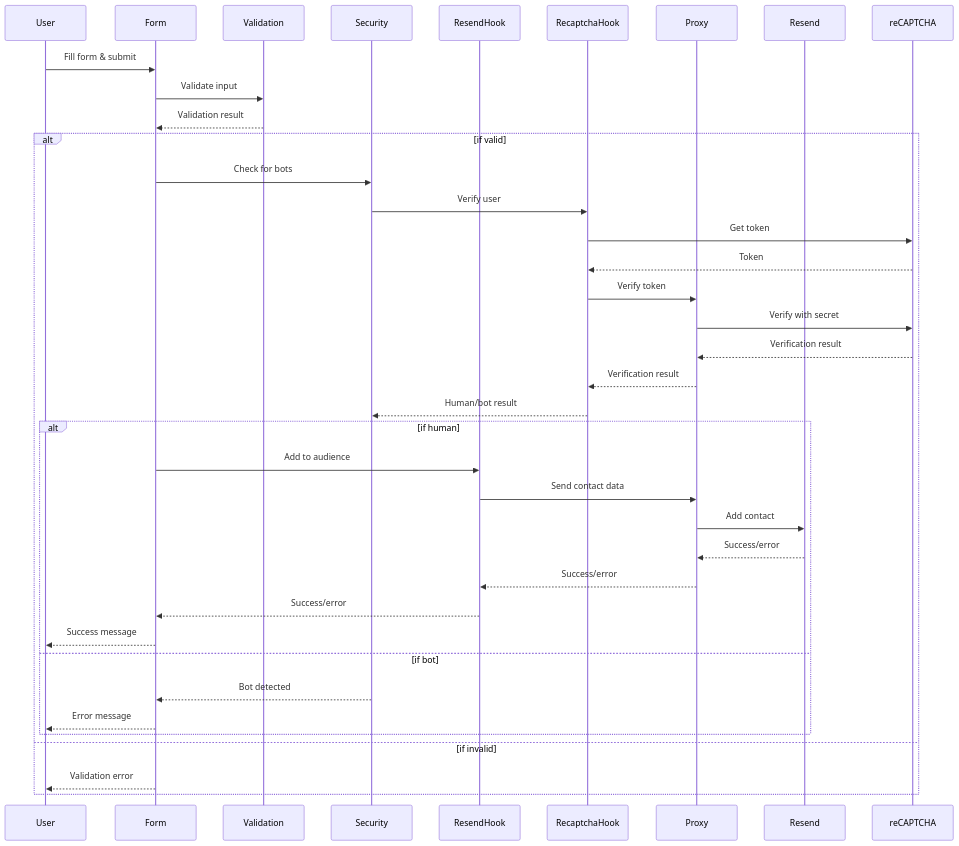
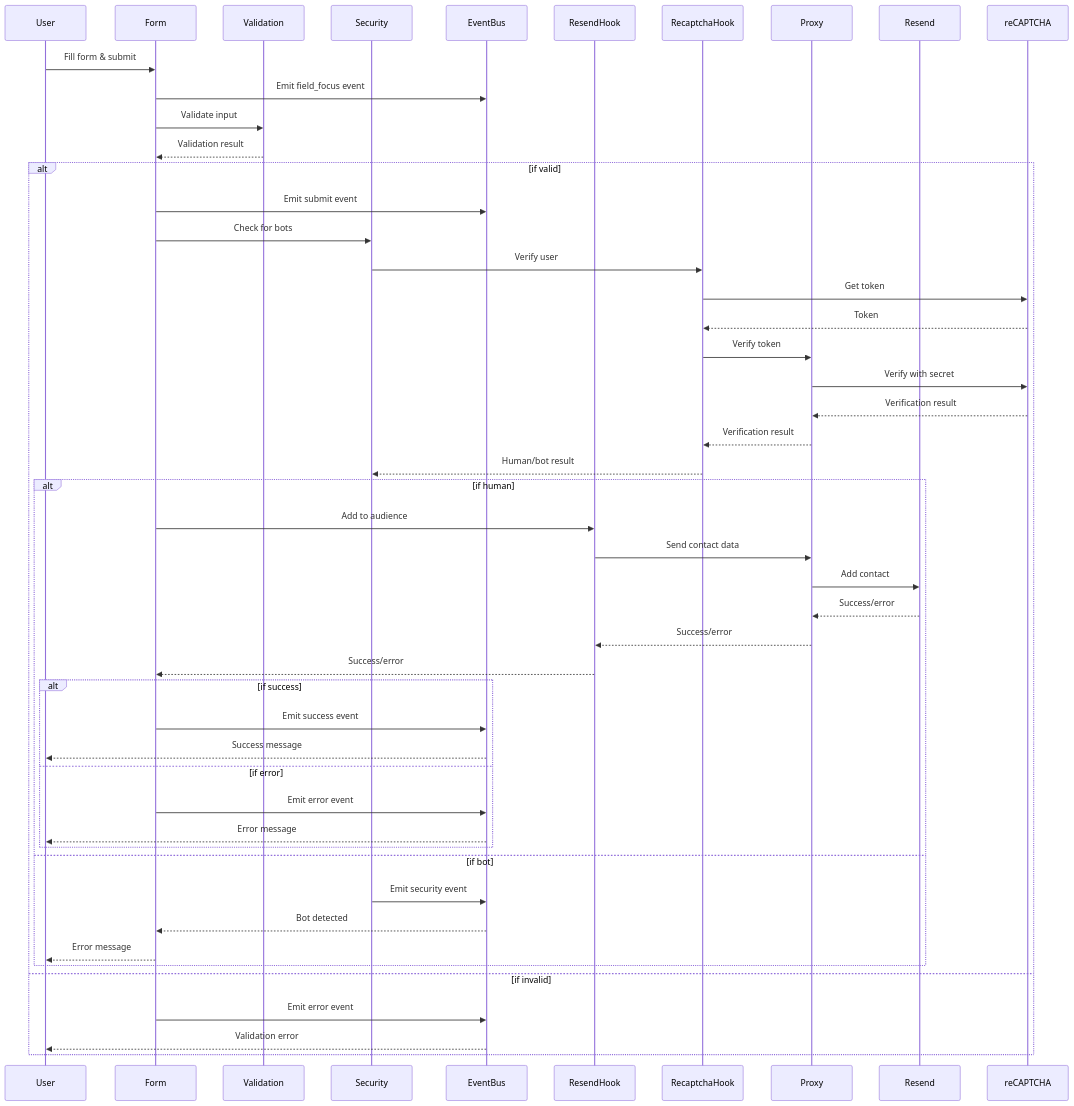
The seventh of 10 diagrams in docs/architecture.md (pmatheusvinhas/react-waitlist), drawn with Mermaid before and after one commit. The commit also changed other lines of this file and 2 other files, not shown here.

````diff
--- a/docs/architecture.md
+++ b/docs/architecture.md
@@ -119,43 +144,55 @@
 ```mermaid
 sequenceDiagram
     participant User
     participant Form
     participant Validation
     participant Security
+    participant EventBus
     participant ResendHook
     participant RecaptchaHook
     participant Proxy
     participant Resend
     participant reCAPTCHA
 
     User->>Form: Fill form & submit
+    Form->>EventBus: Emit field_focus event
     Form->>Validation: Validate input
     Validation-->>Form: Validation result
     
     alt if valid
+        Form->>EventBus: Emit submit event
         Form->>Security: Check for bots
         Security->>RecaptchaHook: Verify user
         RecaptchaHook->>reCAPTCHA: Get token
         reCAPTCHA-->>RecaptchaHook: Token
         RecaptchaHook->>Proxy: Verify token
         Proxy->>reCAPTCHA: Verify with secret
         reCAPTCHA-->>Proxy: Verification result
         Proxy-->>RecaptchaHook: Verification result
         RecaptchaHook-->>Security: Human/bot result
         
         alt if human
             Form->>ResendHook: Add to audience
             ResendHook->>Proxy: Send contact data
             Proxy->>Resend: Add contact
             Resend-->>Proxy: Success/error
             Proxy-->>ResendHook: Success/error
             ResendHook-->>Form: Success/error
-            Form-->>User: Success message
+            
+            alt if success
+                Form->>EventBus: Emit success event
+                EventBus-->>User: Success message
+            else if error
+                Form->>EventBus: Emit error event
+                EventBus-->>User: Error message
+            end
         else if bot
-            Security-->>Form: Bot detected
+            Security->>EventBus: Emit security event
+            EventBus-->>Form: Bot detected
             Form-->>User: Error message
         end
     else if invalid
-        Form-->>User: Validation error
+        Form->>EventBus: Emit error event
+        EventBus-->>User: Validation error
     end
 ```
````
